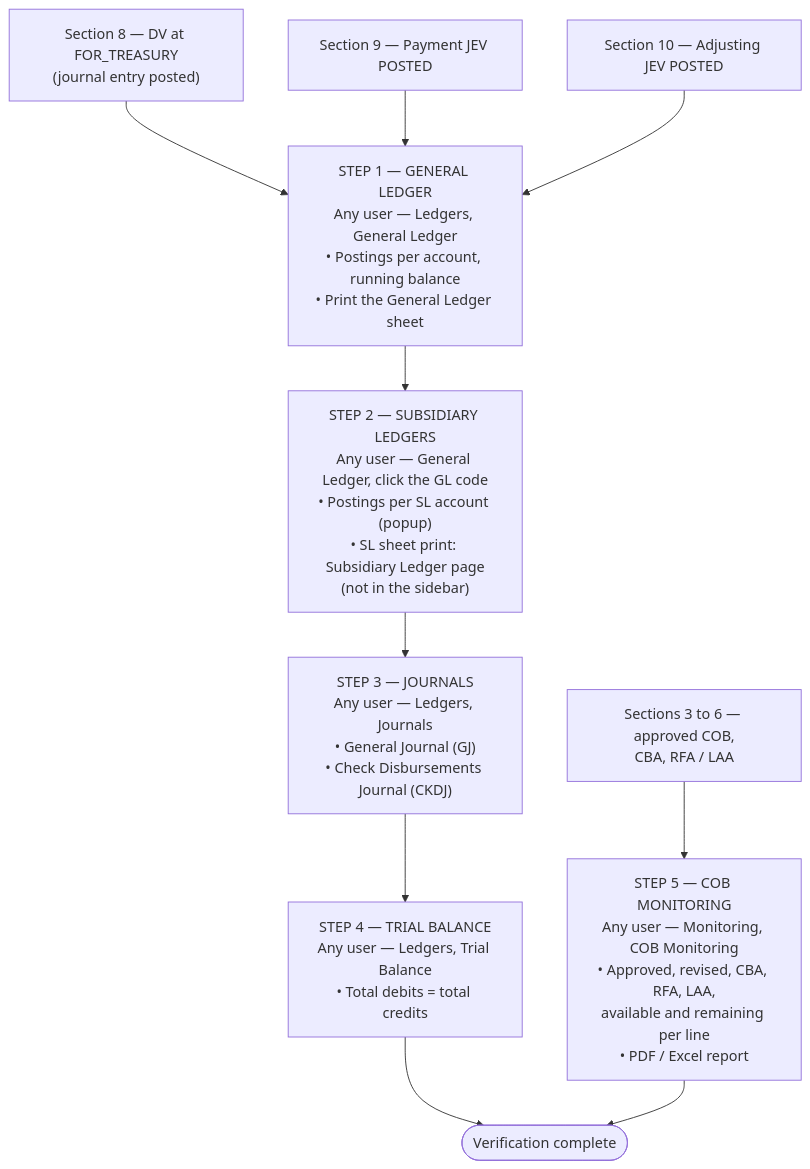
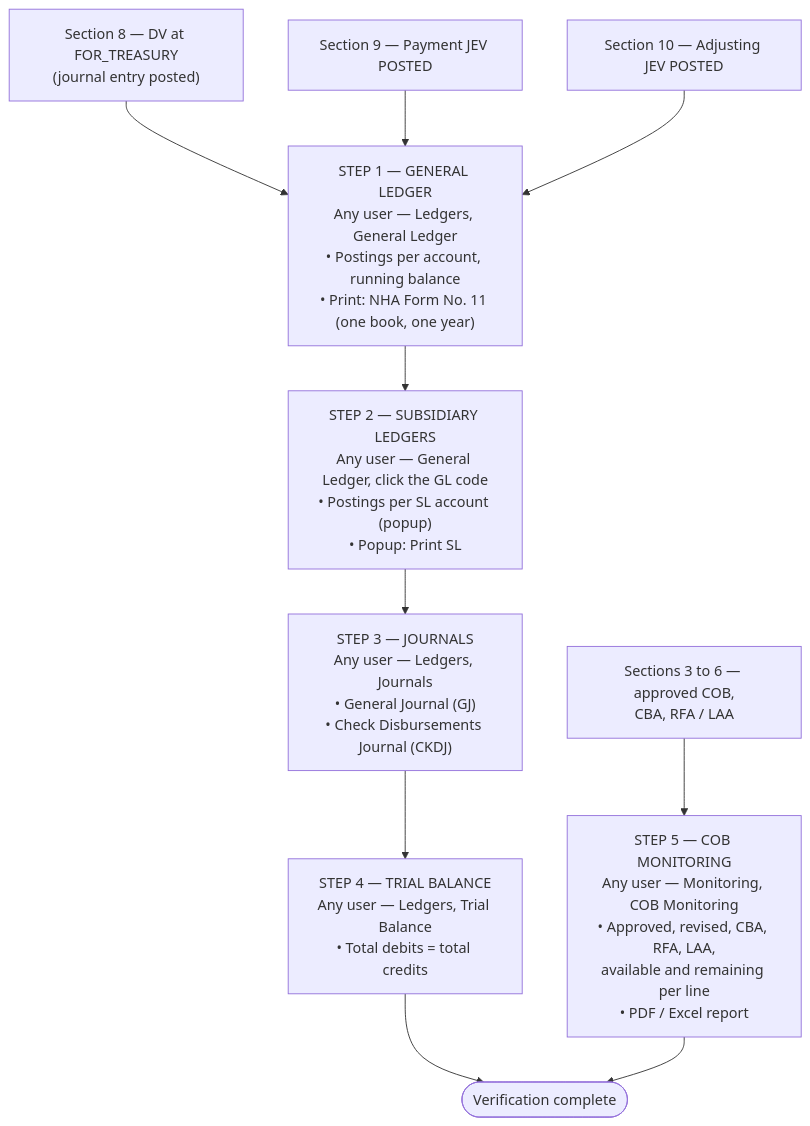
Diagram 14 of 14 in system_docs/process-flow/PROCESS-FLOW.md (A-team-ITBS/fims-nha), drawn with Mermaid before and after one commit. The commit also changed other lines of this file and 14 other files, not shown here.

Commit message:
Print: GL NHA Form No. 11 + SL in the books' layout, from the General Ledger header Print (book/year sheets listed); keep RFA/LAA print paused on the memo list; docs updated

````diff
--- a/system_docs/process-flow/PROCESS-FLOW.md
+++ b/system_docs/process-flow/PROCESS-FLOW.md
@@ -518,12 +519,12 @@
 ```mermaid
 flowchart TD
-    DV["Section 8 — DV at FOR_TREASURY<br/>(journal entry posted)"] --> GL["STEP 1 — GENERAL LEDGER<br/>Any user — Ledgers, General Ledger<br/>• Postings per account, running balance<br/>• Print the General Ledger sheet"]
+    DV["Section 8 — DV at FOR_TREASURY<br/>(journal entry posted)"] --> GL["STEP 1 — GENERAL LEDGER<br/>Any user — Ledgers, General Ledger<br/>• Postings per account, running balance<br/>• Print: NHA Form No. 11 (one book, one year)"]
     PAY["Section 9 — Payment JEV POSTED"] --> GL
     ADJ["Section 10 — Adjusting JEV POSTED"] --> GL
-    GL --> SL["STEP 2 — SUBSIDIARY LEDGERS<br/>Any user — General Ledger, click the GL code<br/>• Postings per SL account (popup)<br/>• SL sheet print: Subsidiary Ledger page<br/>(not in the sidebar)"]
+    GL --> SL["STEP 2 — SUBSIDIARY LEDGERS<br/>Any user — General Ledger, click the GL code<br/>• Postings per SL account (popup)<br/>• Popup: Print SL"]
     SL --> JR["STEP 3 — JOURNALS<br/>Any user — Ledgers, Journals<br/>• General Journal (GJ)<br/>• Check Disbursements Journal (CKDJ)"]
     JR --> TB["STEP 4 — TRIAL BALANCE<br/>Any user — Ledgers, Trial Balance<br/>• Total debits = total credits"]
     COB["Sections 3 to 6 — approved COB,<br/>CBA, RFA / LAA"] --> MON["STEP 5 — COB MONITORING<br/>Any user — Monitoring, COB Monitoring<br/>• Approved, revised, CBA, RFA, LAA,<br/>available and remaining per line<br/>• PDF / Excel report"]
     TB --> END(["Verification complete"])
     MON --> END
 ```
````
